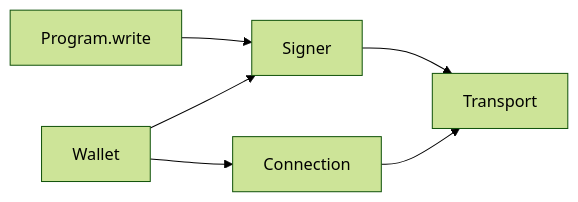
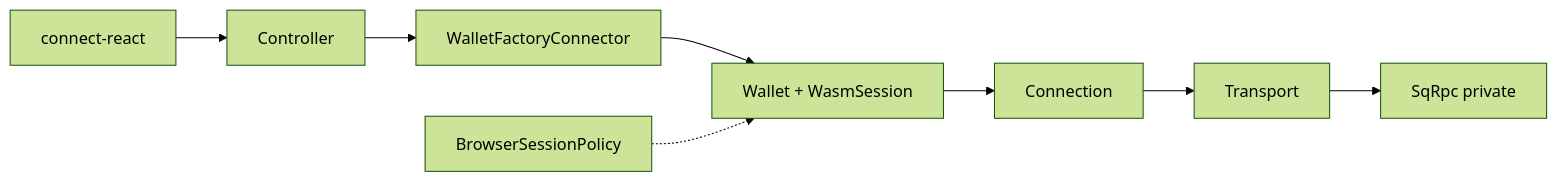
Before and after one commit to Splendor-Protocol/splendor-quantum-blockchain: the diagram in sdk/sqc-sdk/docs/SDK_ARCHITECTURE.md, drawn with Mermaid (forest theme). The commit also changed other lines of this file and 43 other files, not shown here.

Commit message:
refactor(sdk): align Transport→Connection→Wallet spine and ConnectKit DXMake createPublicClient Connection-only, route x402/verify via Transport, split WasmSession/browser policy/MetaMask watch, stabilize connect-react snapshots/modals, and add Sign-In, TxToast, and wrong-network UX.

````diff
--- a/sdk/sqc-sdk/docs/SDK_ARCHITECTURE.md
+++ b/sdk/sqc-sdk/docs/SDK_ARCHITECTURE.md
@@ -54,8 +64,10 @@
 ```mermaid
 flowchart LR
-  P[Program.write] --> S[Signer]
-  S --> IO[Transport]
-  C[Connection] --> IO
-  W[Wallet] --> S
-  W --> C
+  UI[connect-react] --> Ctrl[Controller]
+  Ctrl --> Conn[WalletFactoryConnector]
+  Conn --> W[Wallet + WasmSession]
+  W --> C[Connection]
+  C --> T[Transport]
+  T --> R[SqRpc private]
+  Policy[BrowserSessionPolicy] -.-> W
 ```
````
